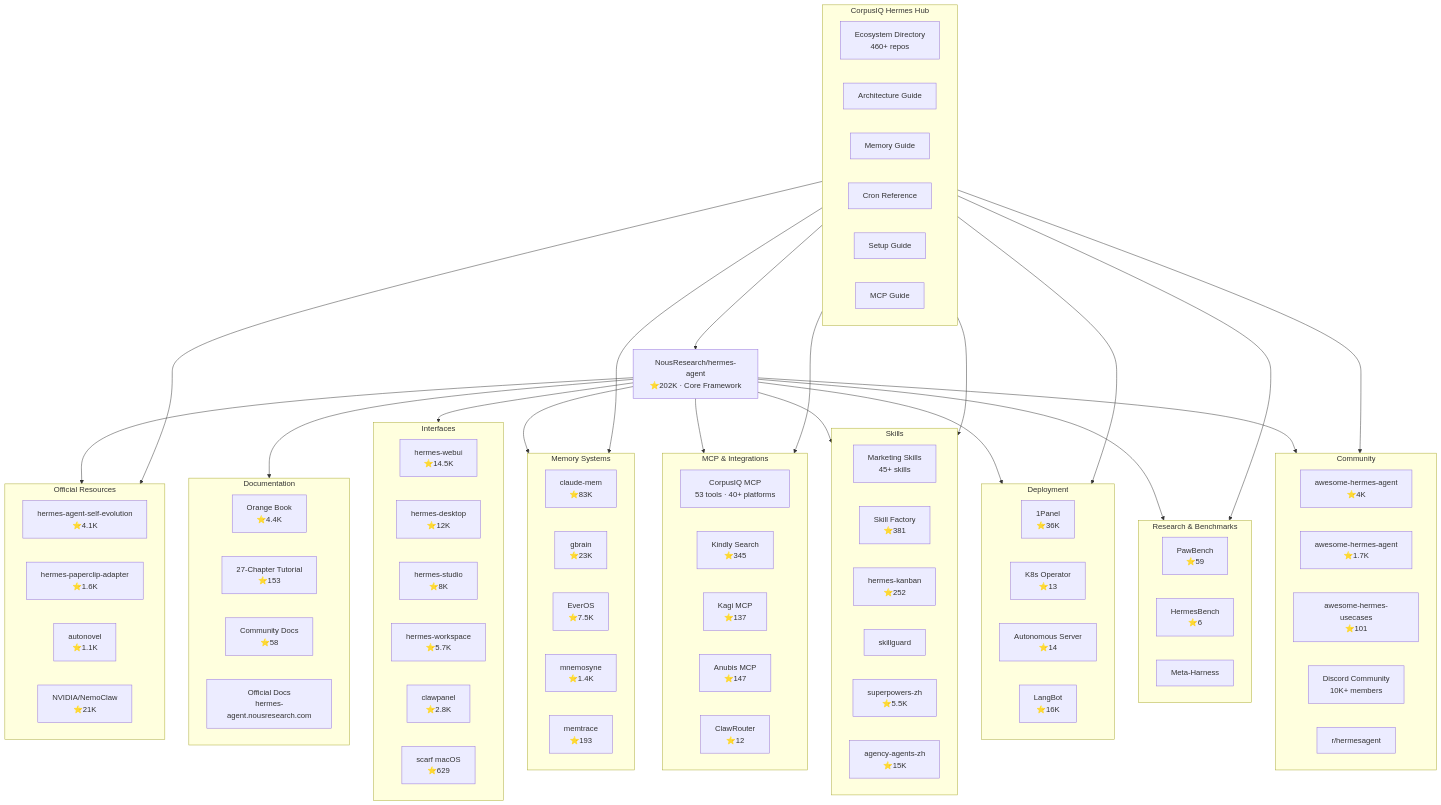
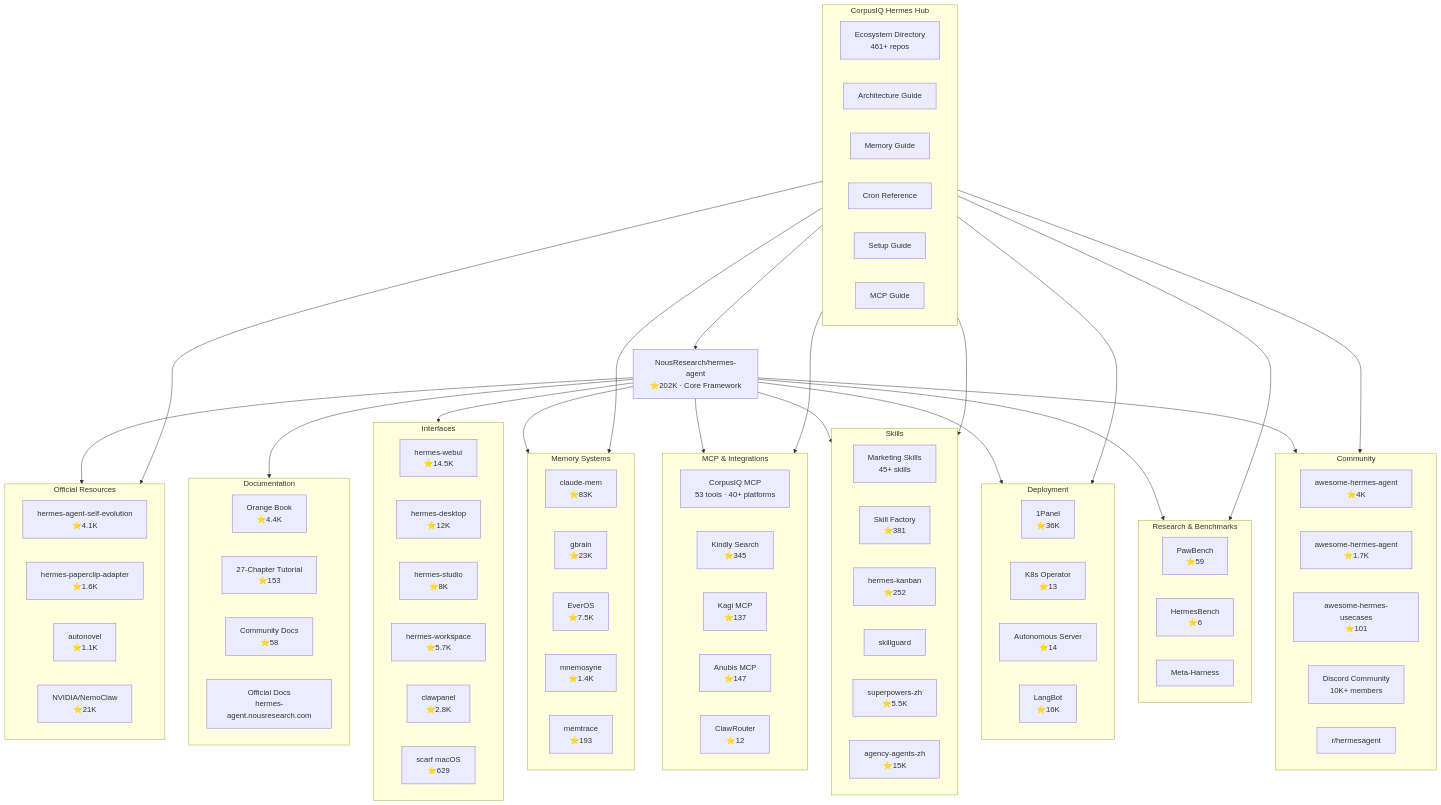
One commit to CorpusIQ/corpusiq-docs changed the first of 4 diagrams in hermes/ecosystem-map.md. Above: the diagram before and after it, drawn with Mermaid. The commit also changed other lines of this file and 37 other files, not shown here.

First line of the commit message:
chore(stamps): auto-reconcile ecosystem count stamps to the directory

```diff
--- a/hermes/ecosystem-map.md
+++ b/hermes/ecosystem-map.md
@@ -88,7 +88,7 @@
     end
 
     subgraph CORPUSIQ_HUB[CorpusIQ Hermes Hub]
-        ECOSYSTEM[Ecosystem Directory<br/>460+ repos]
+        ECOSYSTEM[Ecosystem Directory<br/>461+ repos]
         ARCHITECTURE[Architecture Guide]
         KNOWLEDGE[Memory Guide]
         CRONS[Cron Reference]
```
